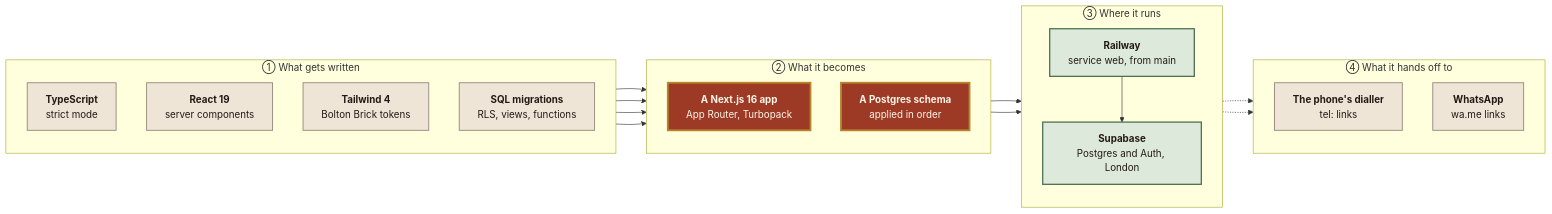
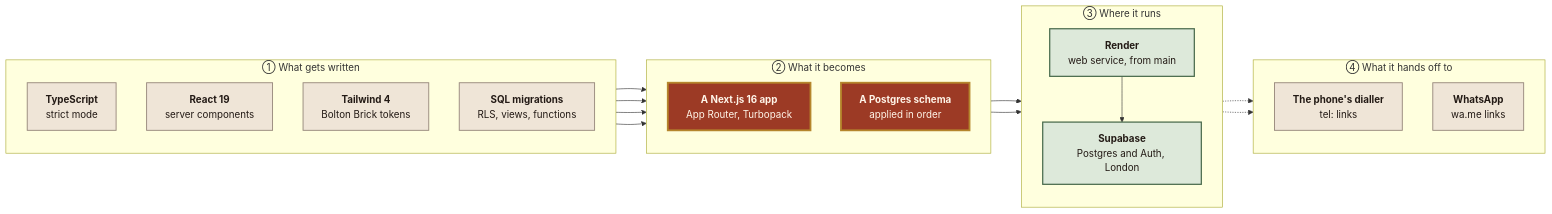
The diagram in assets/diagrams/06-tech-stack.mmd (yameenbux/Boltontradesmen), drawn with Mermaid before and after one commit. The commit also changed 8 other files, not shown here.

```diff
--- a/assets/diagrams/06-tech-stack.mmd
+++ b/assets/diagrams/06-tech-stack.mmd
@@ -1,45 +1,45 @@
 flowchart LR
     subgraph WRITE["① What gets written"]
         direction TB
         TS["<b>TypeScript</b><br/>strict mode"]
         REACT["<b>React 19</b><br/>server components"]
         TW["<b>Tailwind 4</b><br/>Bolton Brick tokens"]
         SQL["<b>SQL migrations</b><br/>RLS, views, functions"]
     end
 
     subgraph BUILD["② What it becomes"]
         direction TB
         NEXT["<b>A Next.js 16 app</b><br/>App Router, Turbopack"]
         SCHEMA["<b>A Postgres schema</b><br/>applied in order"]
     end
 
     subgraph RUN["③ Where it runs"]
         direction TB
-        RAIL["<b>Railway</b><br/>service web, from main"]
+        RAIL["<b>Render</b><br/>web service, from main"]
         SB["<b>Supabase</b><br/>Postgres and Auth, London"]
     end
 
     subgraph OUT["④ What it hands off to"]
         direction TB
         PHONE["<b>The phone's dialler</b><br/>tel: links"]
         WAPP["<b>WhatsApp</b><br/>wa.me links"]
     end
 
     TS --> NEXT
     REACT --> NEXT
     TW --> NEXT
     SQL --> SCHEMA
     NEXT --> RAIL
     SCHEMA --> SB
     RAIL --> SB
     RAIL -.-> PHONE
     RAIL -.-> WAPP
 
     classDef core fill:#9C3A25,stroke:#B5862C,stroke-width:3px,color:#FFF5E9
     classDef live fill:#DDE9DA,stroke:#46684A,stroke-width:2px,color:#231A15
     classDef dev fill:#F6EAD0,stroke:#B5862C,stroke-width:2px,stroke-dasharray:6 4,color:#231A15
     classDef ext fill:#EFE5D7,stroke:#97887C,stroke-width:1.5px,color:#231A15
     class TS,REACT,TW,SQL ext
     class NEXT,SCHEMA core
     class RAIL,SB live
     class PHONE,WAPP ext
```
